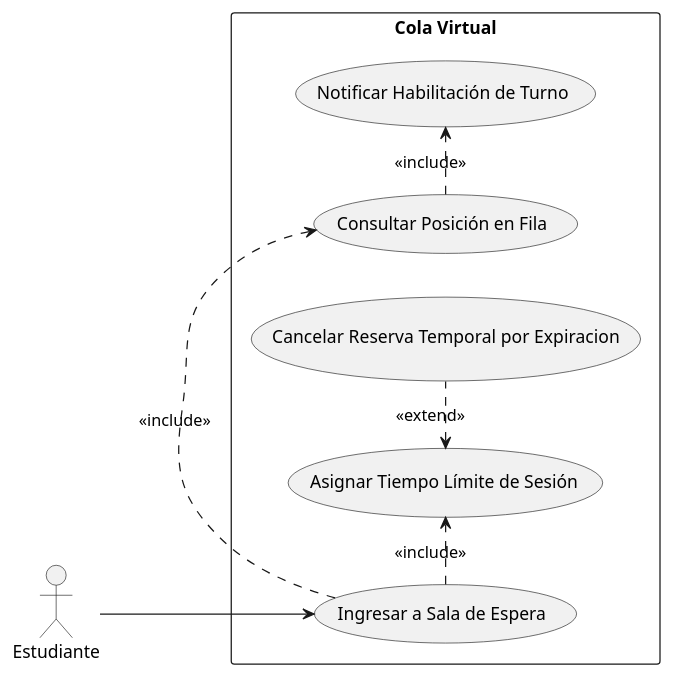
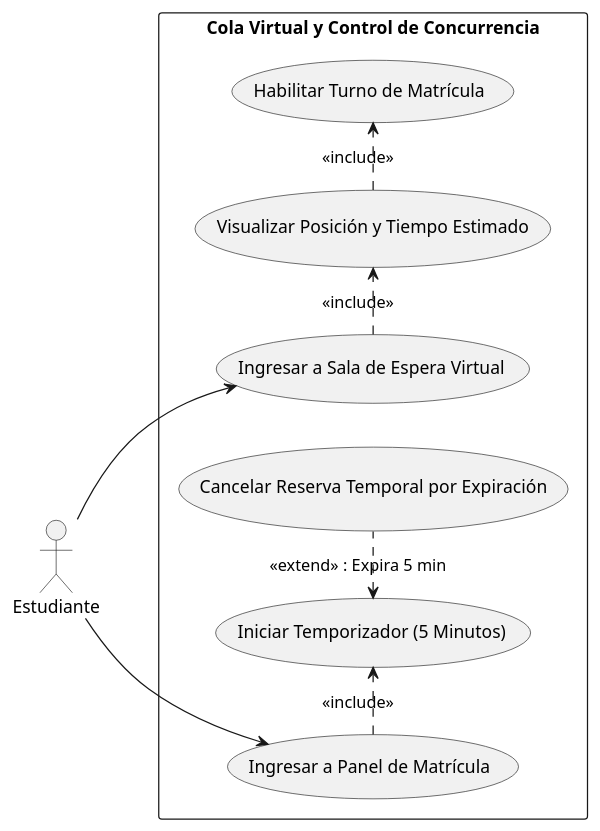
The diagram in diagramas/casos-de-uso/colavirtual.puml (jsondev999/sistema-matricula), drawn with PlantUML before and after one commit. The commit also changed 6 other files, not shown here.

Commit message:
Actualiza diagramas

```diff
--- a/diagramas/casos-de-uso/colavirtual.puml
+++ b/diagramas/casos-de-uso/colavirtual.puml
@@ -1,21 +1,24 @@
 @startuml cola virtual
 left to right direction
 skinparam packageStyle rectangle
 
 actor "Estudiante" as est
 
-rectangle "Cola Virtual" {
-    usecase "Ingresar a Sala de Espera" as UC_IngresarCola
-    usecase "Consultar Posición en Fila" as UC_VerTurno
-    usecase "Asignar Tiempo Límite de Sesión" as UC_Timer
-    usecase "Notificar Habilitación de Turno" as UC_TurnoActivo
-    usecase "Cancelar Reserva Temporal por Expiracion" as UC_CancelarReserva
+rectangle "Cola Virtual y Control de Concurrencia" {
+    usecase "Ingresar a Sala de Espera Virtual" as UC_IngresarCola
+    usecase "Visualizar Posición y Tiempo Estimado" as UC_VerTurno
+    usecase "Habilitar Turno de Matrícula" as UC_TurnoActivo
+    usecase "Ingresar a Panel de Matrícula" as UC_IngresarMatricula
+    usecase "Iniciar Temporizador (5 Minutos)" as UC_Timer
+    usecase "Cancelar Reserva Temporal por Expiración" as UC_CancelarReserva
 }
 
 est --> UC_IngresarCola
+est --> UC_IngresarMatricula
 
 UC_IngresarCola .> UC_VerTurno : <<include>>
-UC_IngresarCola .> UC_Timer : <<include>>
-UC_Timer <. UC_CancelarReserva : <<extend>>
 UC_VerTurno .> UC_TurnoActivo : <<include>>
+
+UC_IngresarMatricula .> UC_Timer : <<include>>
+UC_Timer <. UC_CancelarReserva : <<extend>> : Expira 5 min
 @enduml
```
